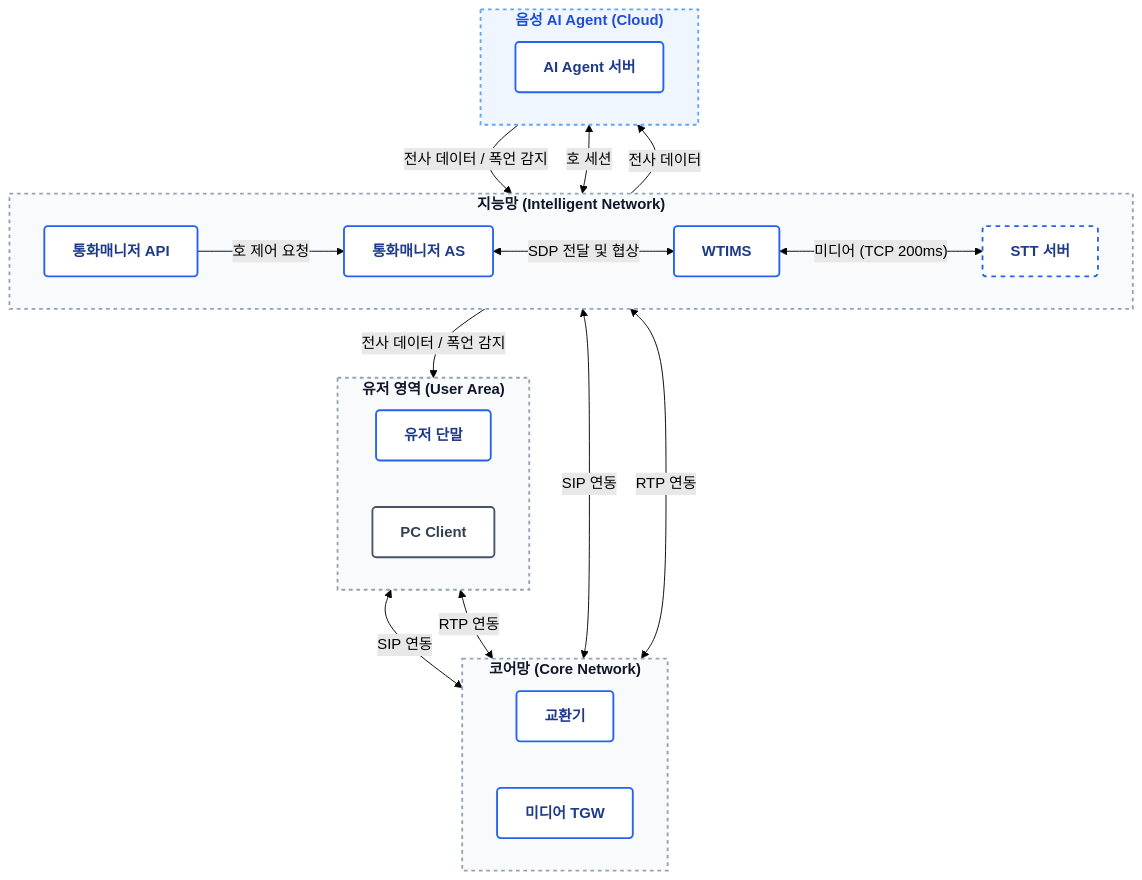
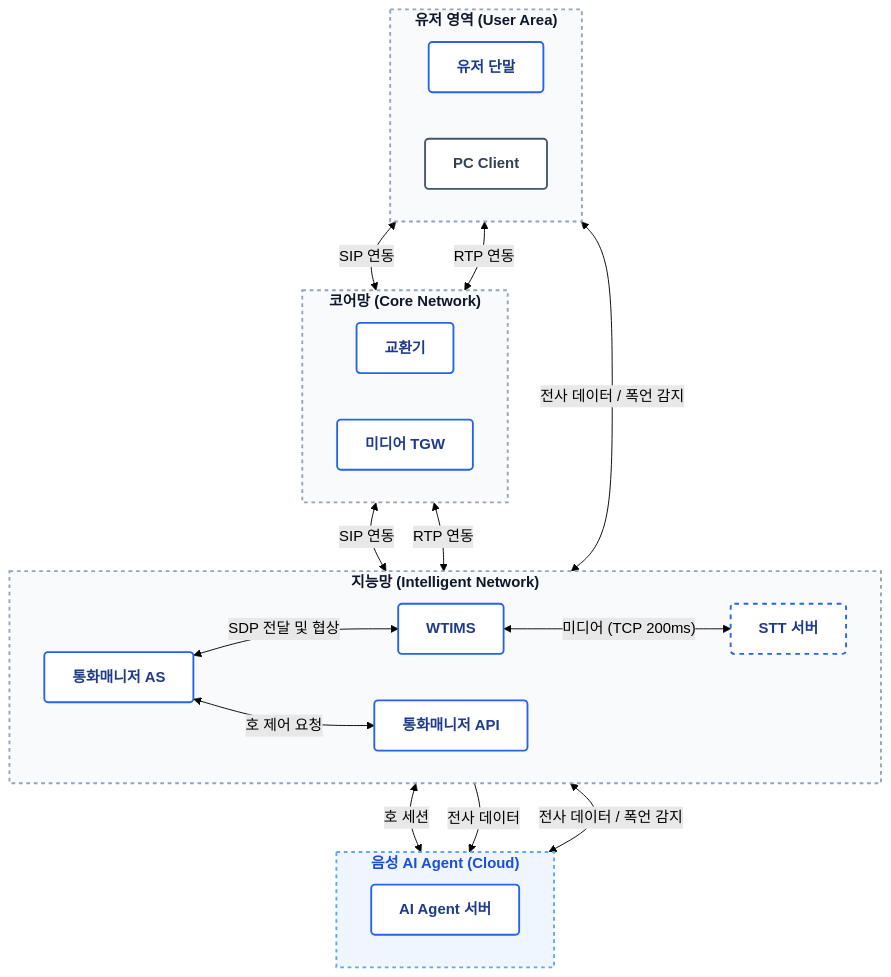
One commit to hak023/sip_pbx changed the diagram in docs/architecture/stt-agent-integration-in-stt.md. Above: the diagram before and after it, drawn with Mermaid (forest theme).

Commit message:
docs: fix stt-agent-integration-in-stt.md diagram layout for github

````diff
--- a/docs/architecture/stt-agent-integration-in-stt.md
+++ b/docs/architecture/stt-agent-integration-in-stt.md
@@ -4,60 +4,60 @@
 ```mermaid
 graph TD
     %% 스타일 정의 (블루 & 화이트 컨설팅 펌 테마)
     classDef default fill:#ffffff,stroke:#cbd5e1,stroke-width:1px,color:#334155,font-family:sans-serif;
     classDef layerBox fill:#f8fafc,stroke:#94a3b8,stroke-width:2px,stroke-dasharray: 4 4,color:#0f172a,font-weight:bold;
     classDef cloudBox fill:#eff6ff,stroke:#60a5fa,stroke-width:2px,stroke-dasharray: 4 4,color:#1d4ed8,font-weight:bold;
     classDef nodeBox fill:#ffffff,stroke:#2563eb,stroke-width:2px,color:#1e3a8a,font-weight:bold,rx:4px,ry:4px;
     classDef dashedNodeBox fill:#ffffff,stroke:#2563eb,stroke-width:2px,stroke-dasharray: 5 5,color:#1e3a8a,font-weight:bold,rx:4px,ry:4px;
     classDef clientBox fill:#ffffff,stroke:#475569,stroke-width:2px,color:#334155,font-weight:bold,rx:4px,ry:4px;
 
     %% 계층별 Subgraph
     subgraph User_Area ["유저 영역 (User Area)"]
         direction LR
         UserTerminal["유저 단말"]:::nodeBox
         PCClient["PC Client"]:::clientBox
     end
 
     subgraph Core_Network ["코어망 (Core Network)"]
         direction LR
         Switch["교환기"]:::nodeBox
         MediaTGW["미디어 TGW"]:::nodeBox
     end
 
     subgraph Intelligent_Network ["지능망 (Intelligent Network)"]
         direction LR
         CallManagerAS["통화매니저 AS"]:::nodeBox
         WTIMS["WTIMS"]:::nodeBox
         CallManagerAPI["통화매니저 API"]:::nodeBox
         STTServer["STT 서버"]:::dashedNodeBox
     end
 
     subgraph Cloud_Agent ["음성 AI Agent (Cloud)"]
         direction LR
         AIAgent["AI Agent 서버"]:::nodeBox
     end
 
     %% 연결선 및 프로토콜 흐름
     UserTerminal <-->|SIP 연동| Switch
     UserTerminal <-->|RTP 연동| MediaTGW
     
     Switch <-->|SIP 연동| CallManagerAS
     MediaTGW <-->|RTP 연동| WTIMS
     
     CallManagerAS <-->|SDP 전달 및 협상| WTIMS
     
     CallManagerAS <-->|호 세션| AIAgent
     WTIMS <-->|"미디어 (TCP 200ms)"| STTServer
     
     STTServer -->|전사 데이터| AIAgent
     
-    AIAgent -->|전사 데이터 / 폭언 감지| CallManagerAPI
-    CallManagerAPI -->|호 제어 요청| CallManagerAS
-    CallManagerAPI -->|전사 데이터 / 폭언 감지| PCClient
+    CallManagerAPI <-->|전사 데이터 / 폭언 감지| AIAgent
+    CallManagerAS <-->|호 제어 요청| CallManagerAPI
+    PCClient <-->|전사 데이터 / 폭언 감지| CallManagerAPI
 
     %% 서브그래프 스타일 적용
     class User_Area layerBox;
     class Core_Network layerBox;
     class Intelligent_Network layerBox;
     class Cloud_Agent cloudBox;
 ```
````
